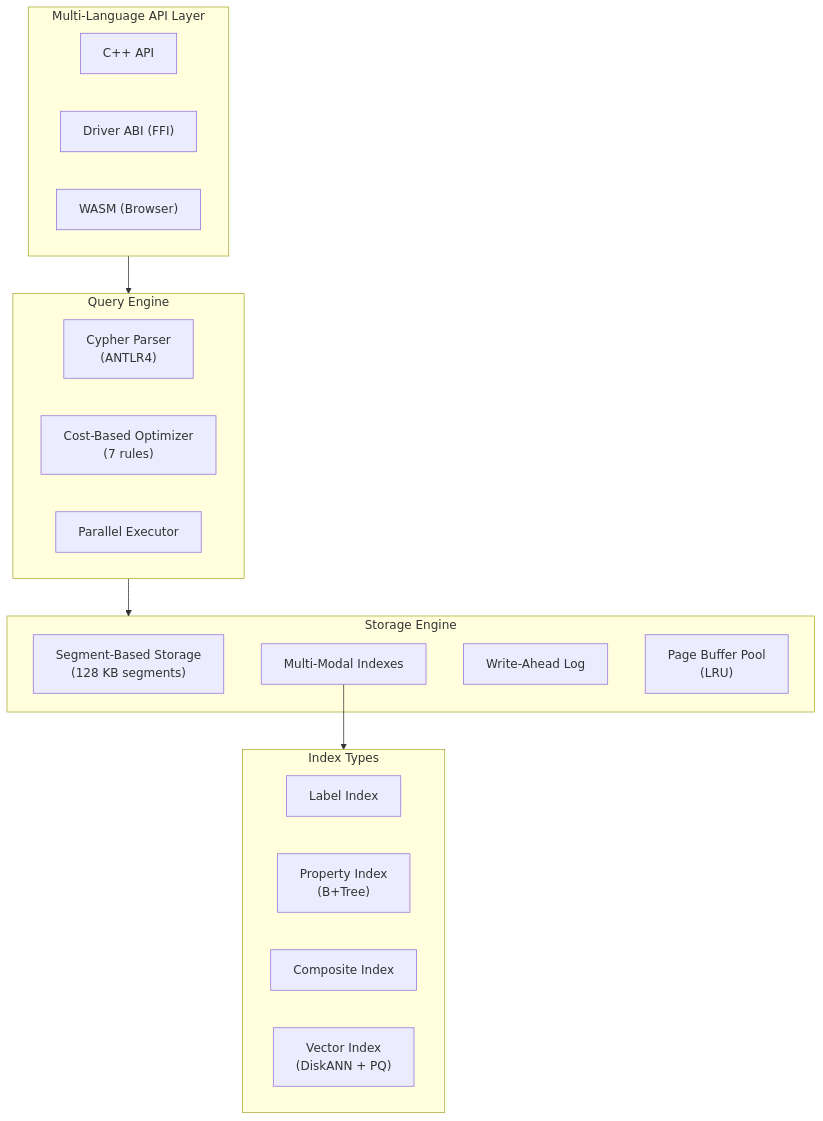
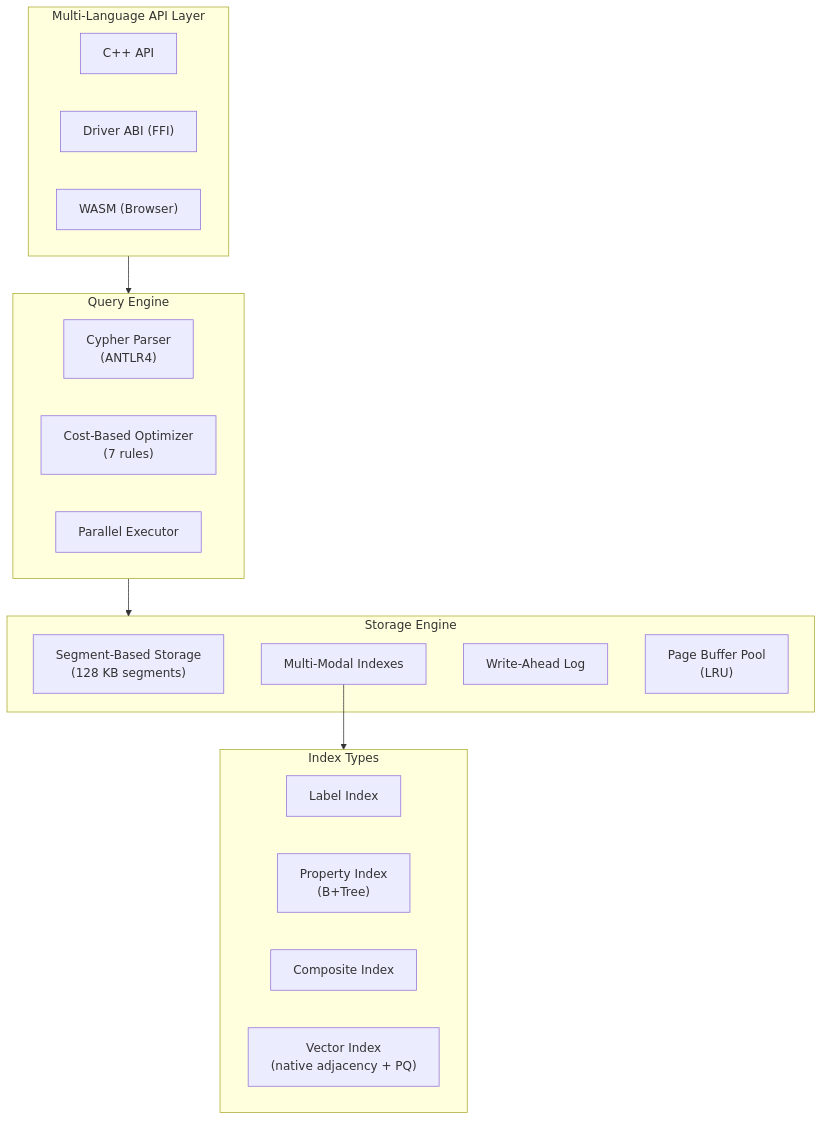
One commit to nexepic/zyx changed the first of 4 diagrams in docs/apps/docs/content/docs/en/zyx/user-guide/features.mdx. Above: the diagram before and after it, drawn with Mermaid. The commit also changed other lines of this file and 1349 other files, not shown here.

First line of the commit message:
Retire legacy storage and harden native graph persistence

````diff
--- a/docs/apps/docs/content/docs/en/zyx/user-guide/features.mdx
+++ b/docs/apps/docs/content/docs/en/zyx/user-guide/features.mdx
@@ -23,33 +23,33 @@
 ```mermaid
 flowchart TB
   subgraph API["Multi-Language API Layer"]
     CPP["C++ API"]
     DRIVER["Driver ABI (FFI)"]
     WASM["WASM (Browser)"]
   end
 
   subgraph QE["Query Engine"]
     Parser["Cypher Parser\n(ANTLR4)"]
     Optimizer["Cost-Based Optimizer\n(7 rules)"]
     Executor["Parallel Executor"]
   end
 
   subgraph Storage["Storage Engine"]
     Segments["Segment-Based Storage\n(128 KB segments)"]
     Indexes["Multi-Modal Indexes"]
     WAL["Write-Ahead Log"]
     Cache["Page Buffer Pool\n(LRU)"]
   end
 
   subgraph Indexes_Detail["Index Types"]
     LI["Label Index"]
     PI["Property Index\n(B+Tree)"]
     CI["Composite Index"]
-    VI["Vector Index\n(DiskANN + PQ)"]
+    VI["Vector Index\n(native adjacency + PQ)"]
   end
 
   API --> QE
   QE --> Storage
   Indexes --> Indexes_Detail
 
 ```
````
